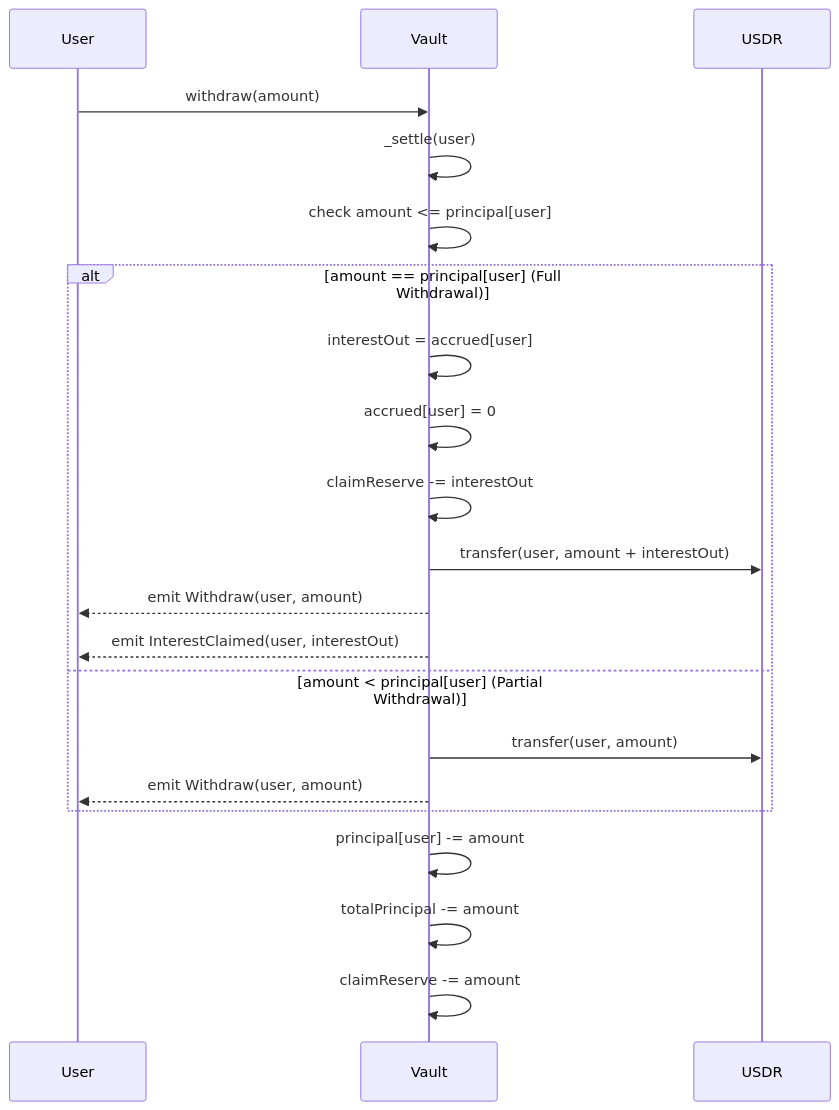
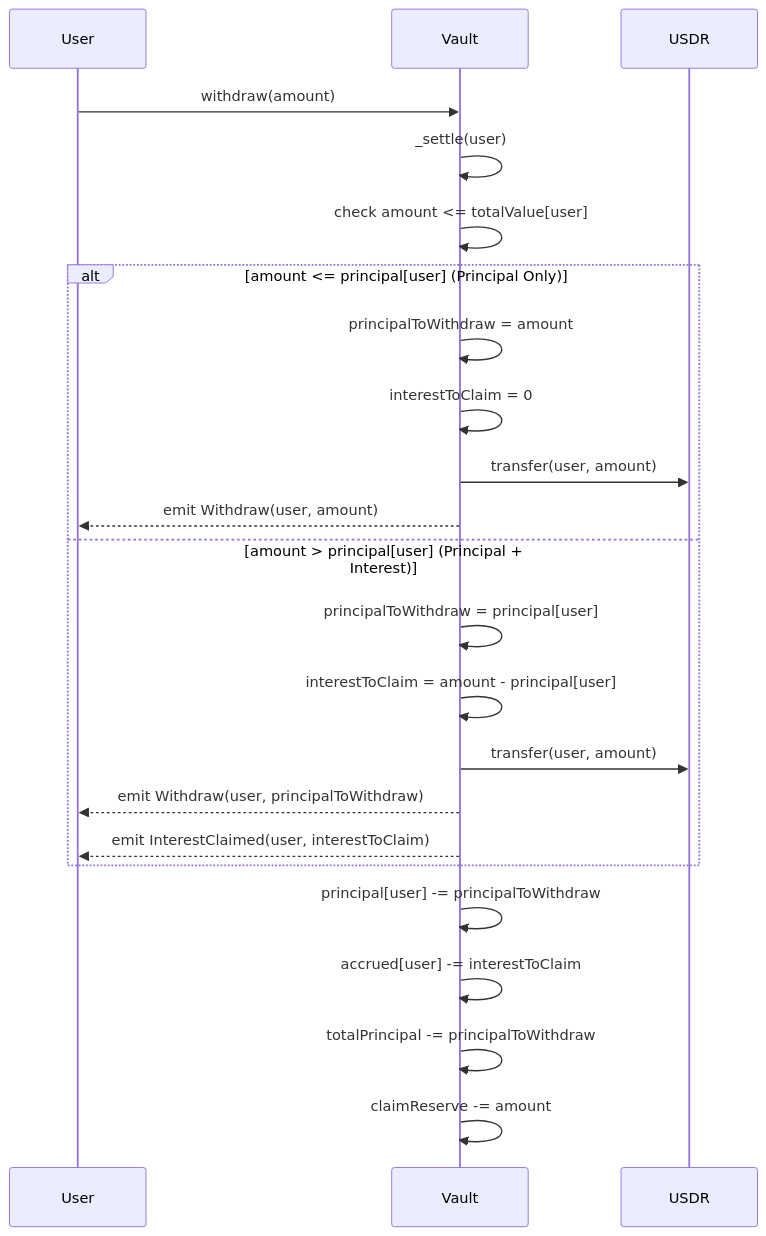
The third of 5 diagrams in src/vaults/earn/earn-vault.md (StartaleGroup/stablecoin-vault-contracts), drawn with Mermaid before and after one commit. The commit also changed other lines of this file and 4 other files, not shown here.

````diff
--- a/src/vaults/earn/earn-vault.md
+++ b/src/vaults/earn/earn-vault.md
@@ -103,26 +105,28 @@
 ```mermaid
 sequenceDiagram
     participant User
     participant Vault
     participant USDR
     
     User->>Vault: withdraw(amount)
     Vault->>Vault: _settle(user)
-    Vault->>Vault: check amount <= principal[user]
+    Vault->>Vault: check amount <= totalValue[user]
     
-    alt amount == principal[user] (Full Withdrawal)
-        Vault->>Vault: interestOut = accrued[user]
-        Vault->>Vault: accrued[user] = 0
-        Vault->>Vault: claimReserve -= interestOut
-        Vault->>USDR: transfer(user, amount + interestOut)
-        Vault-->>User: emit Withdraw(user, amount)
-        Vault-->>User: emit InterestClaimed(user, interestOut)
-    else amount < principal[user] (Partial Withdrawal)
+    alt amount <= principal[user] (Principal Only)
+        Vault->>Vault: principalToWithdraw = amount
+        Vault->>Vault: interestToClaim = 0
         Vault->>USDR: transfer(user, amount)
         Vault-->>User: emit Withdraw(user, amount)
+    else amount > principal[user] (Principal + Interest)
+        Vault->>Vault: principalToWithdraw = principal[user]
+        Vault->>Vault: interestToClaim = amount - principal[user]
+        Vault->>USDR: transfer(user, amount)
+        Vault-->>User: emit Withdraw(user, principalToWithdraw)
+        Vault-->>User: emit InterestClaimed(user, interestToClaim)
     end
     
-    Vault->>Vault: principal[user] -= amount
-    Vault->>Vault: totalPrincipal -= amount
+    Vault->>Vault: principal[user] -= principalToWithdraw
+    Vault->>Vault: accrued[user] -= interestToClaim
+    Vault->>Vault: totalPrincipal -= principalToWithdraw
     Vault->>Vault: claimReserve -= amount
 ```
````
